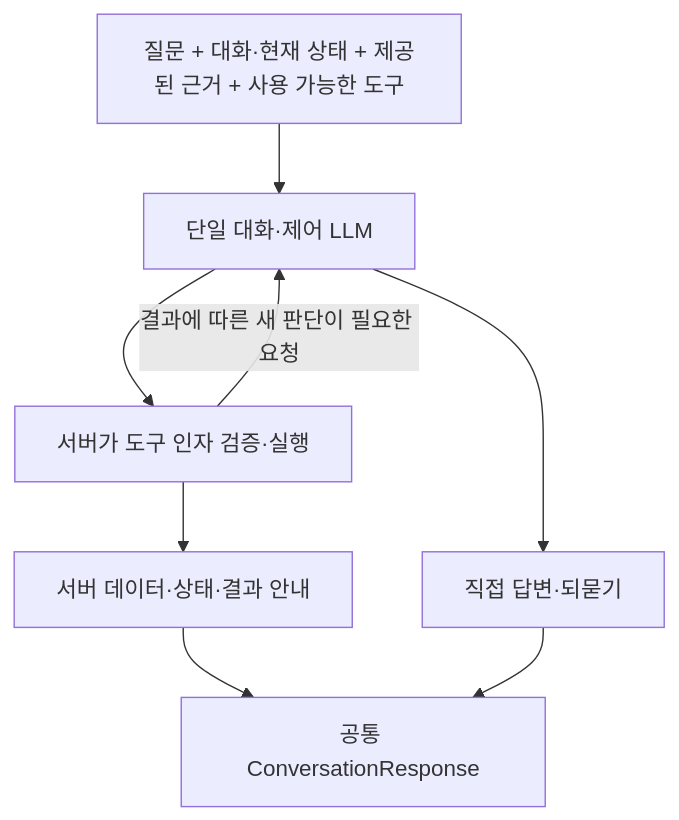
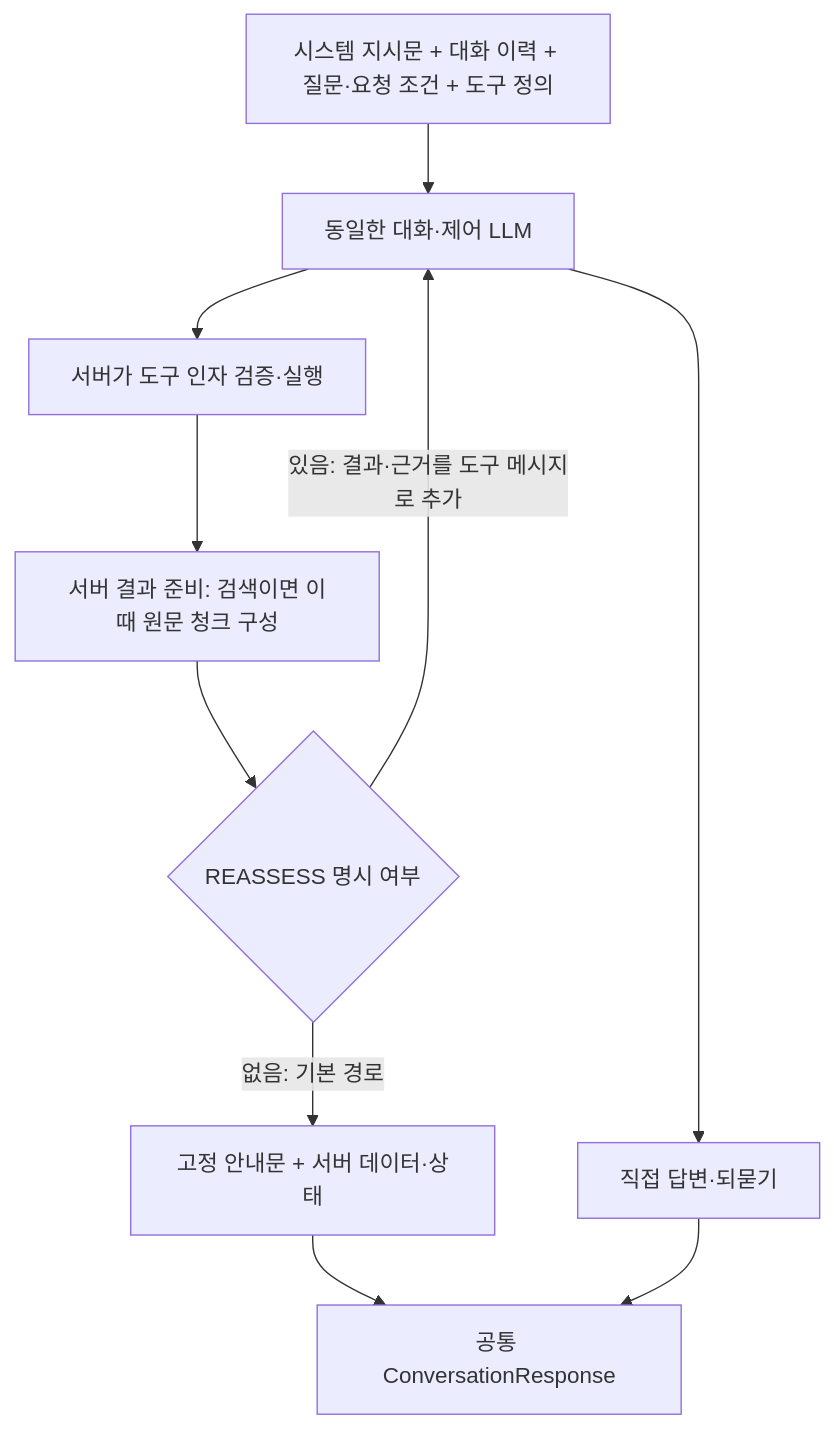
One commit to yollo4179/TravelMate changed the diagram in docs/architecture/conversation-control.md. Above: the diagram before and after it, drawn with Mermaid. The commit also changed other lines of this file, not shown here.

````diff
--- a/docs/architecture/conversation-control.md
+++ b/docs/architecture/conversation-control.md
@@ -5,10 +9,12 @@
 ```mermaid
 flowchart TD
-    Context[질문 + 대화·현재 상태 + 제공된 근거 + 사용 가능한 도구] --> LLM[단일 대화·제어 LLM]
+    Context[시스템 지시문 + 대화 이력 + 질문·요청 조건 + 도구 정의] --> LLM[동일한 대화·제어 LLM]
     LLM --> Answer[직접 답변·되묻기]
     LLM --> Tool[서버가 도구 인자 검증·실행]
-    Tool --> Receipt[서버 데이터·상태·결과 안내]
+    Tool --> Result[서버 결과 준비: 검색이면 이때 원문 청크 구성]
+    Result --> Decision{REASSESS 명시 여부}
+    Decision -->|없음: 기본 경로| Receipt[고정 안내문 + 서버 데이터·상태]
     Receipt --> Response[공통 ConversationResponse]
-    Tool -->|결과에 따른 새 판단이 필요한 요청| LLM
+    Decision -->|있음: 결과·근거를 도구 메시지로 추가| LLM
     Answer --> Response
 ```
````
